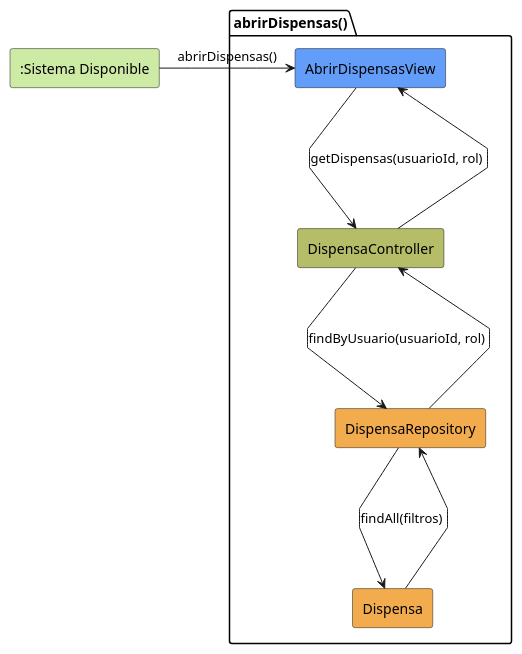
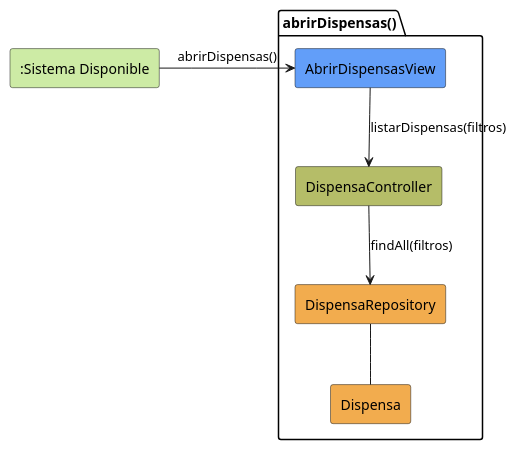
Before and after one commit to jerdier/25-26-idsw2-sdVC: the diagram in modelosUML/analisis/abrirDispensas/colaboracion.puml, drawn with PlantUML. The commit also changed 83 other files, not shown here.

```diff
--- a/modelosUML/analisis/abrirDispensas/colaboracion.puml
+++ b/modelosUML/analisis/abrirDispensas/colaboracion.puml
@@ -1,21 +1,17 @@
 @startuml abrirDispensas-analisis
 skinparam linetype polyline
 
 rectangle #CDEBA5 ":Sistema Disponible" as SistemaDisponible
 
 package abrirDispensas as "abrirDispensas()" {
     rectangle #629EF9 AbrirDispensasView
     rectangle #b5bd68 DispensaController
     rectangle #F2AC4E DispensaRepository
     rectangle #F2AC4E Dispensa
 }
 
 SistemaDisponible -r-> AbrirDispensasView: abrirDispensas()
-AbrirDispensasView -d-> DispensaController: getDispensas(usuarioId, rol)
-DispensaController -d-> DispensaRepository: findByUsuario(usuarioId, rol)
-DispensaRepository -d-> Dispensa: findAll(filtros)
-Dispensa --u-> DispensaRepository
-DispensaRepository --u-> DispensaController
-DispensaController --u-> AbrirDispensasView
-
+AbrirDispensasView -d-> DispensaController: listarDispensas(filtros)
+DispensaController --> DispensaRepository: findAll(filtros)
+DispensaRepository -- Dispensa
 @enduml
```
